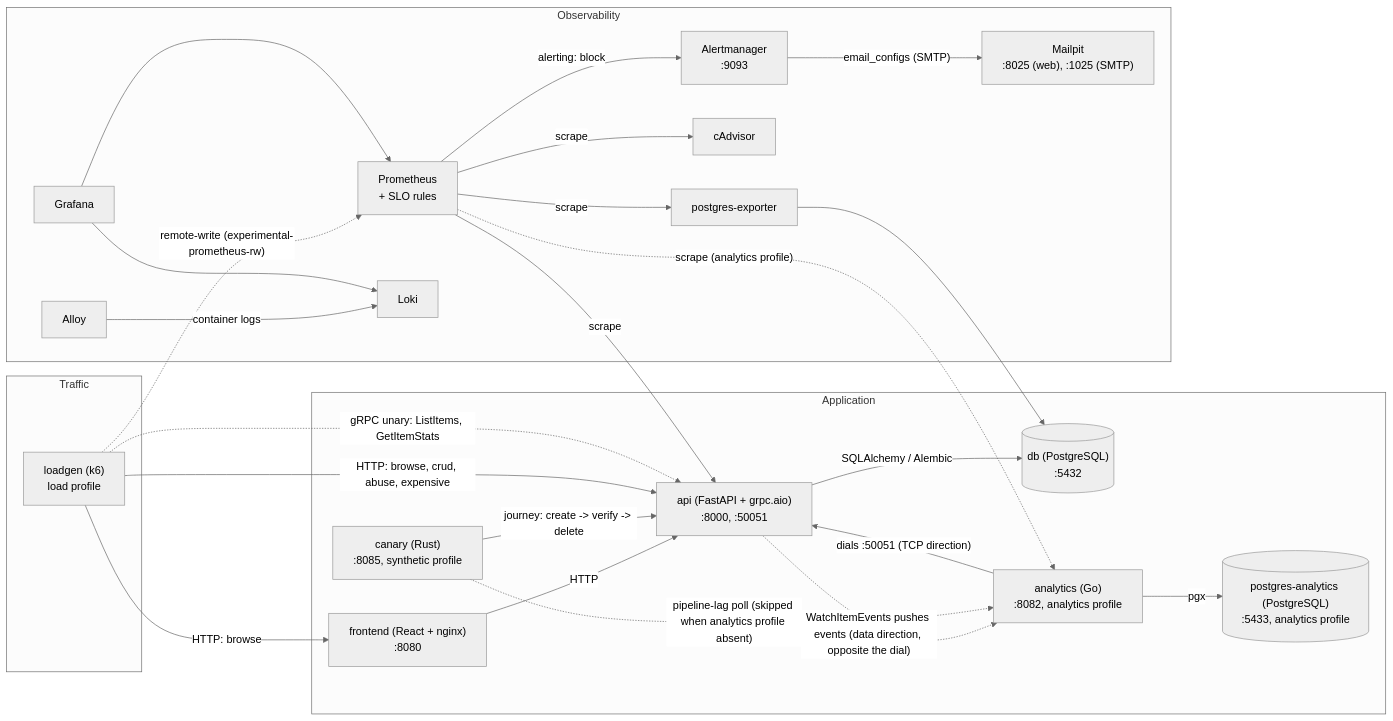
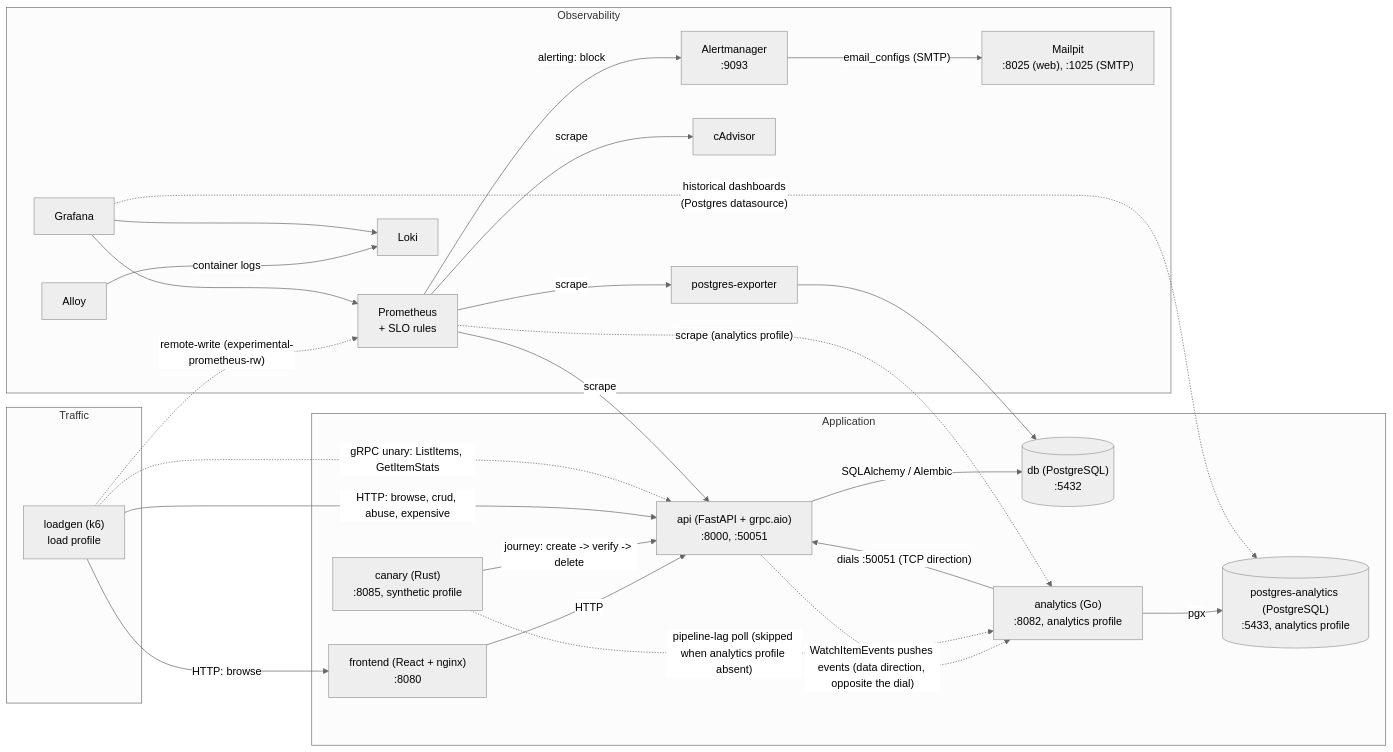
Before and after one commit to vovinacci/devops-demo: the diagram in docs/architecture.md, drawn with Mermaid (neutral theme). The commit also changed other lines of this file and 20 other files, not shown here.

First line of the commit message:
feat(observability): historical dashboards, seed annotations, scale guard (#174)

````diff
--- a/docs/architecture.md
+++ b/docs/architecture.md
@@ -8,48 +8,49 @@
 ```mermaid
 flowchart LR
     subgraph traffic [Traffic]
         lg["loadgen (k6)<br/>load profile"]
     end
 
     subgraph app [Application]
         fe["frontend (React + nginx)<br/>:8080"]
         be["api (FastAPI + grpc.aio)<br/>:8000, :50051"]
         pg[("db (PostgreSQL)<br/>:5432")]
         an["analytics (Go)<br/>:8082, analytics profile"]
         pgA[("postgres-analytics (PostgreSQL)<br/>:5433, analytics profile")]
         can["canary (Rust)<br/>:8085, synthetic profile"]
     end
 
     subgraph obs [Observability]
         pgx["postgres-exporter"]
         cad["cAdvisor"]
         prom["Prometheus<br/>+ SLO rules"]
         alloy["Alloy"]
         loki["Loki"]
         graf["Grafana"]
         am["Alertmanager<br/>:9093"]
         mp["Mailpit<br/>:8025 (web), :1025 (SMTP)"]
     end
 
     fe -->|HTTP| be
     be -->|SQLAlchemy / Alembic| pg
     pgx --> pg
     an -->|pgx| pgA
     an -->|"dials :50051 (TCP direction)"| be
     be -.->|"WatchItemEvents pushes events (data direction, opposite the dial)"| an
     can -->|"journey: create -> verify -> delete"| be
     can -.->|"pipeline-lag poll (skipped when analytics profile absent)"| an
     lg -->|"HTTP: browse, crud, abuse, expensive"| be
     lg -->|"HTTP: browse"| fe
     lg -.->|"gRPC unary: ListItems, GetItemStats"| be
     lg -.->|"remote-write (experimental-prometheus-rw)"| prom
     prom -->|scrape| be
     prom -->|scrape| pgx
     prom -->|scrape| cad
     prom -.->|"scrape (analytics profile)"| an
     alloy -->|container logs| loki
     graf --> prom
     graf --> loki
+    graf -.->|"historical dashboards<br/>(Postgres datasource)"| pgA
     prom -->|"alerting: block"| am
     am -->|"email_configs (SMTP)"| mp
 ```
````
